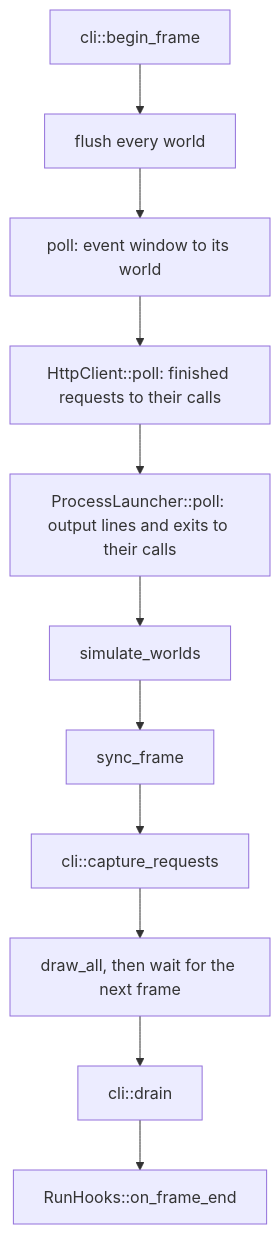
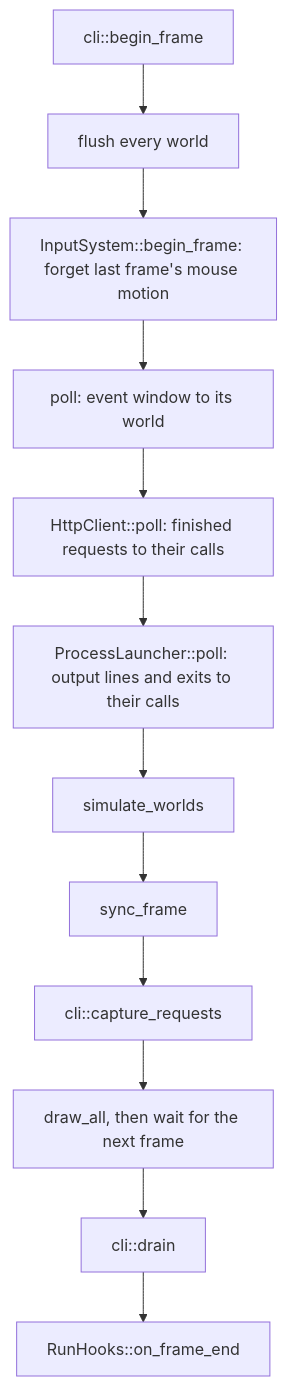
The diagram in docs/tech/architecture/Runtime Loop.md (wismh/wind-engine), drawn with Mermaid before and after one commit. The commit also changed other lines of this file and 10 other files, not shown here.

````diff
--- a/docs/tech/architecture/Runtime Loop.md
+++ b/docs/tech/architecture/Runtime Loop.md
@@ -56,13 +56,14 @@
 ```mermaid
 flowchart TD
   A["cli::begin_frame"] --> B["flush every world"]
-  B --> C["poll: event window to its world"]
+  B --> B2["InputSystem::begin_frame: forget last frame's mouse motion"]
+  B2 --> C["poll: event window to its world"]
   C --> C2["HttpClient::poll: finished requests to their calls"]
   C2 --> C3["ProcessLauncher::poll: output lines and exits to their calls"]
   C3 --> D["simulate_worlds"]
   D --> E["sync_frame"]
   E --> E2["cli::capture_requests"]
   E2 --> F["draw_all, then wait for the next frame"]
   F --> G["cli::drain"]
   G --> H["RunHooks::on_frame_end"]
 ```
````
